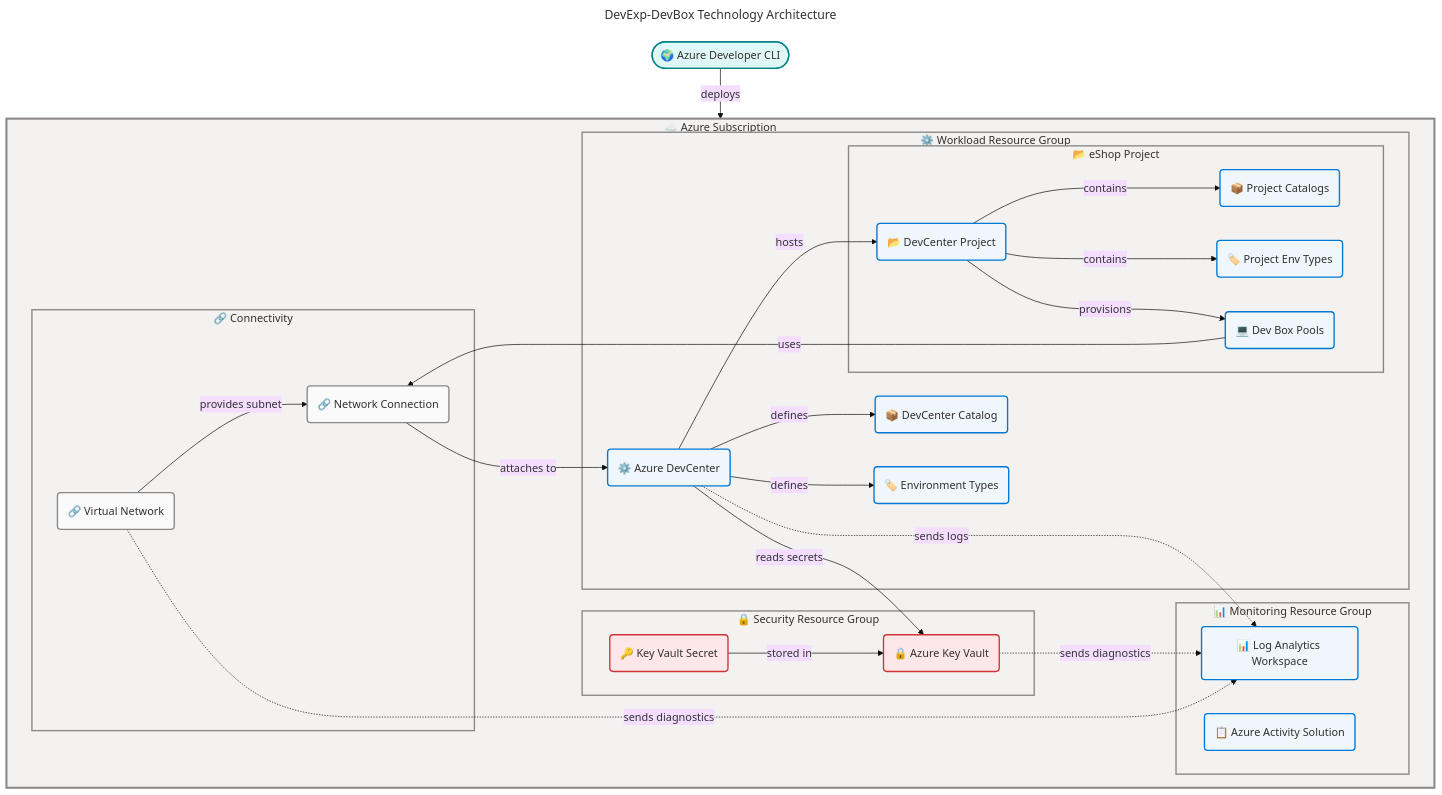
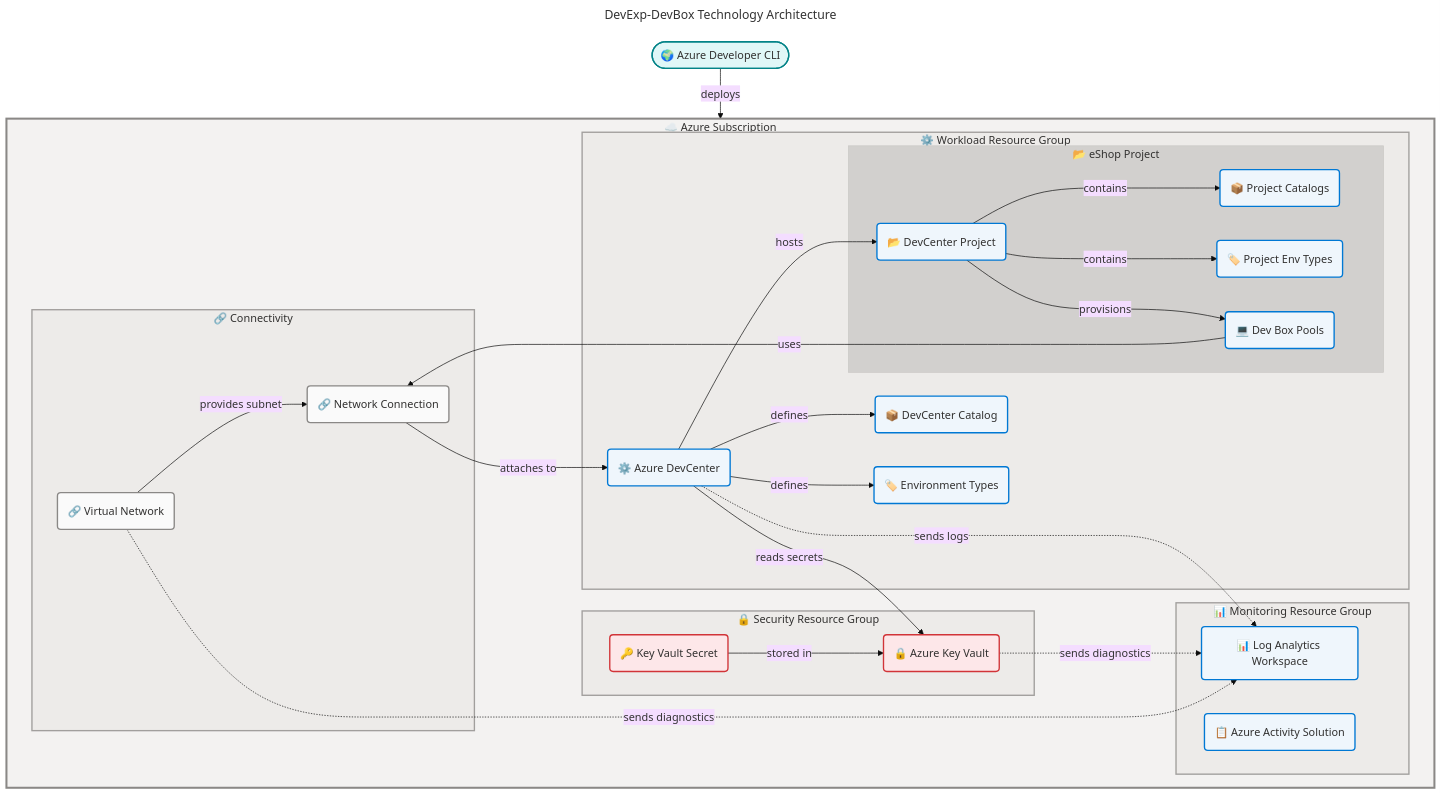
The third of 6 diagrams in docs/architecture/technology-architecture.md (Evilazaro/DevExp-DevBox), drawn with Mermaid before and after one commit. The commit also changed other lines of this file, not shown here.

````diff
--- a/docs/architecture/technology-architecture.md
+++ b/docs/architecture/technology-architecture.md
@@ -293,10 +470,11 @@
     classDef external fill:#E0F7F7,stroke:#038387,stroke-width:2px,color:#323130
 
     %% Subgraph styling via style directive (MRM-S001 compliant)
+    %% Graduated neutral tones: Gray 10 → Gray 20 → Gray 30
     style AzureSub fill:#F3F2F1,stroke:#8A8886,stroke-width:3px,color:#323130
-    style SecurityRG fill:#F3F2F1,stroke:#8A8886,stroke-width:2px,color:#323130
-    style MonitoringRG fill:#F3F2F1,stroke:#8A8886,stroke-width:2px,color:#323130
-    style WorkloadRG fill:#F3F2F1,stroke:#8A8886,stroke-width:2px,color:#323130
-    style ProjectScope fill:#F3F2F1,stroke:#8A8886,stroke-width:2px,color:#323130
-    style ConnectivityRG fill:#F3F2F1,stroke:#8A8886,stroke-width:2px,color:#323130
+    style SecurityRG fill:#EDEBE9,stroke:#A19F9D,stroke-width:2px,color:#323130
+    style MonitoringRG fill:#EDEBE9,stroke:#A19F9D,stroke-width:2px,color:#323130
+    style WorkloadRG fill:#EDEBE9,stroke:#A19F9D,stroke-width:2px,color:#323130
+    style ProjectScope fill:#D2D0CE,stroke:#C8C6C4,stroke-width:1px,color:#323130
+    style ConnectivityRG fill:#EDEBE9,stroke:#A19F9D,stroke-width:2px,color:#323130
 ```
````
